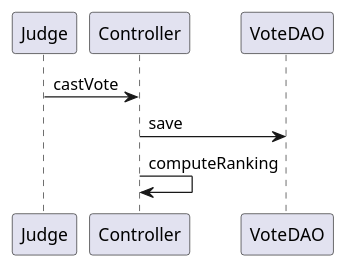
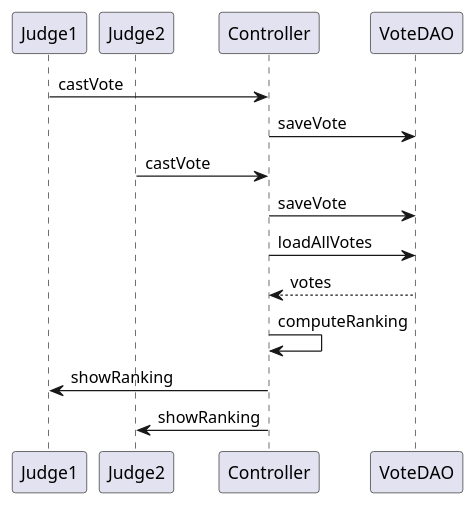
Before and after one commit to alessandroilprogrammatore/mio-progetto: the diagram in docs/sequence/finalVoting.puml, drawn with PlantUML. The commit also changed 1 other file, not shown here.

Commit message:
Expand registration and final voting diagrams

```diff
--- a/docs/sequence/finalVoting.puml
+++ b/docs/sequence/finalVoting.puml
@@ -1,8 +1,17 @@
 @startuml
-participant Judge
+participant Judge1
+participant Judge2
 participant Controller
 participant VoteDAO
-Judge -> Controller: castVote
-Controller -> VoteDAO: save
+
+Judge1 -> Controller: castVote
+Controller -> VoteDAO: saveVote
+Judge2 -> Controller: castVote
+Controller -> VoteDAO: saveVote
+
+Controller -> VoteDAO: loadAllVotes
+VoteDAO --> Controller: votes
 Controller -> Controller: computeRanking
+Controller -> Judge1: showRanking
+Controller -> Judge2: showRanking
 @enduml
```
